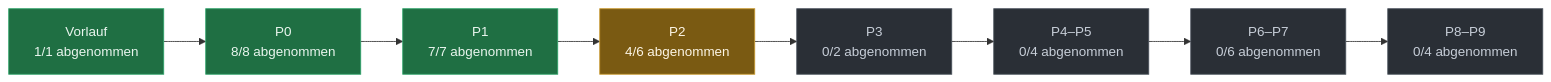
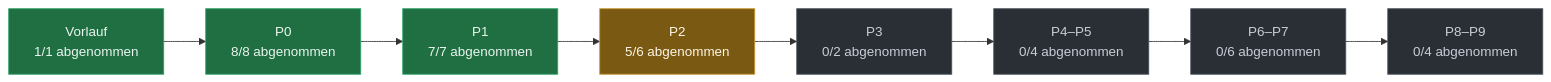
Before and after one commit to evenacadia-tech/Nakama: the diagram in docs/PLAN-STAND.md, drawn with Mermaid. The commit also changed other lines of this file and 5 other files, not shown here.

````diff
--- a/docs/PLAN-STAND.md
+++ b/docs/PLAN-STAND.md
@@ -38,21 +38,21 @@
 ```mermaid
 flowchart LR
   P0["Vorlauf<br/>1/1 abgenommen"]:::fertig
   P1["P0<br/>8/8 abgenommen"]:::fertig
   P0 --> P1
   P2["P1<br/>7/7 abgenommen"]:::fertig
   P1 --> P2
-  P3["P2<br/>4/6 abgenommen"]:::laeuft
+  P3["P2<br/>5/6 abgenommen"]:::laeuft
   P2 --> P3
   P4["P3<br/>0/2 abgenommen"]:::offen
   P3 --> P4
   P5["P4–P5<br/>0/4 abgenommen"]:::offen
   P4 --> P5
   P6["P6–P7<br/>0/6 abgenommen"]:::offen
   P5 --> P6
   P7["P8–P9<br/>0/4 abgenommen"]:::offen
   P6 --> P7
   classDef fertig fill:#1f6f43,stroke:#2ea36a,color:#eaf6ef
   classDef laeuft fill:#7a5a12,stroke:#c99a2e,color:#fdf6e6
   classDef offen  fill:#2a2f36,stroke:#4a525c,color:#c7ced8
 ```
````
